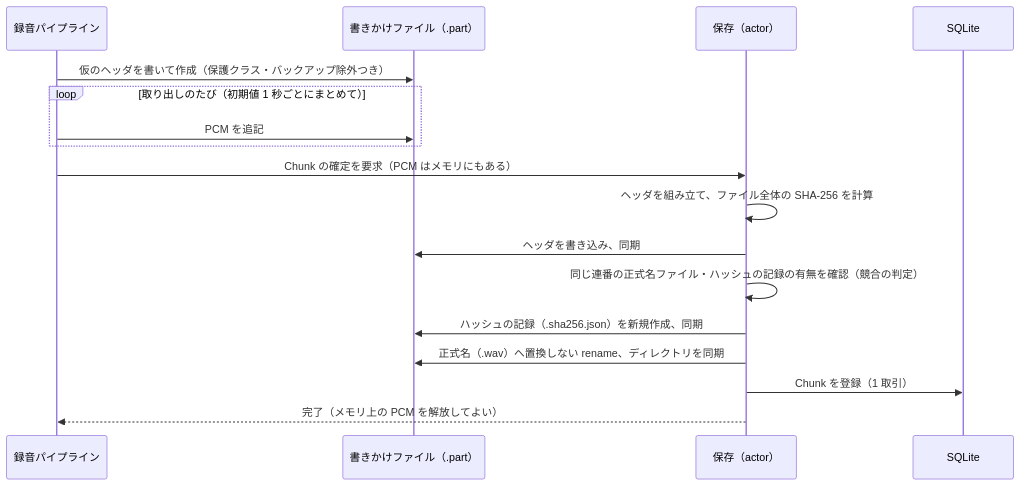
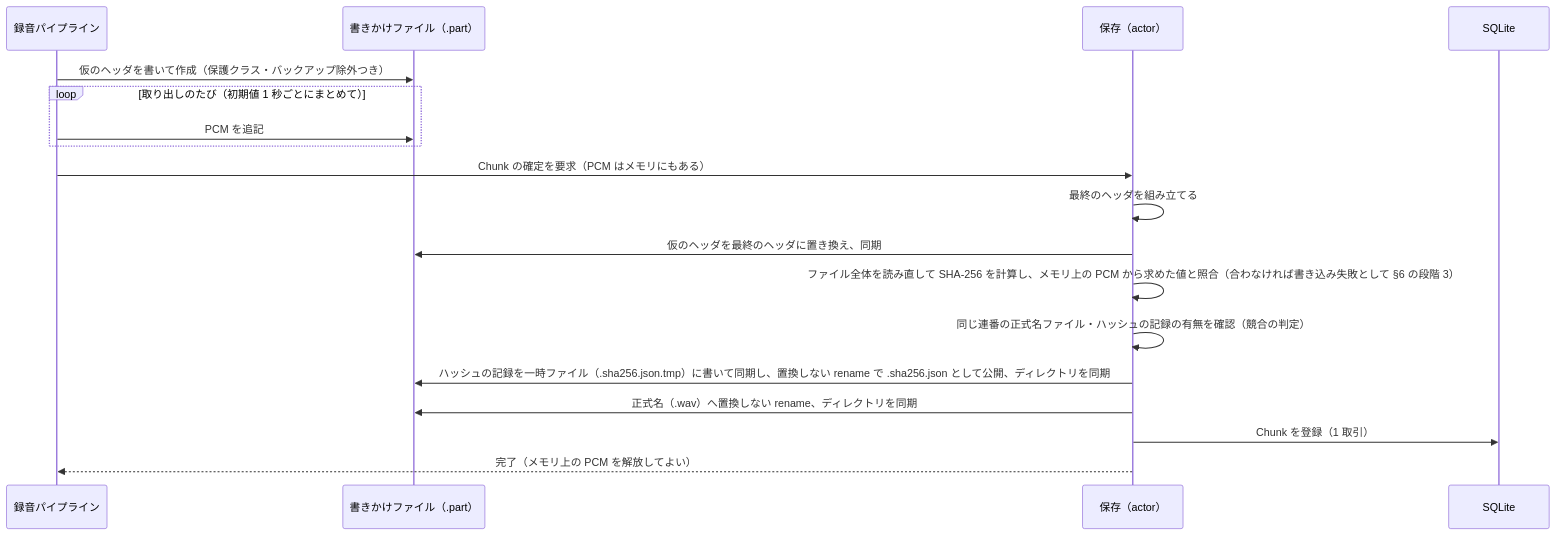
Before and after one commit to myoshi2891/Minutes-Mobile: the first of 3 diagrams in docs/02-basic-design/storage.md, drawn with Mermaid. The commit also changed other lines of this file and 3 other files, not shown here.

````diff
--- a/docs/02-basic-design/storage.md
+++ b/docs/02-basic-design/storage.md
@@ -116,19 +116,20 @@
 ```mermaid
 sequenceDiagram
     participant P as 録音パイプライン
     participant F as 書きかけファイル（.part）
     participant S as 保存（actor）
     participant D as SQLite
     P->>F: 仮のヘッダを書いて作成（保護クラス・バックアップ除外つき）
     loop 取り出しのたび（初期値 1 秒ごとにまとめて）
         P->>F: PCM を追記
     end
     P->>S: Chunk の確定を要求（PCM はメモリにもある）
-    S->>S: ヘッダを組み立て、ファイル全体の SHA-256 を計算
-    S->>F: ヘッダを書き込み、同期
+    S->>S: 最終のヘッダを組み立てる
+    S->>F: 仮のヘッダを最終のヘッダに置き換え、同期
+    S->>S: ファイル全体を読み直して SHA-256 を計算し、メモリ上の PCM から求めた値と照合（合わなければ書き込み失敗として §6 の段階 3）
     S->>S: 同じ連番の正式名ファイル・ハッシュの記録の有無を確認（競合の判定）
-    S->>F: ハッシュの記録（.sha256.json）を新規作成、同期
+    S->>F: ハッシュの記録を一時ファイル（.sha256.json.tmp）に書いて同期し、置換しない rename で .sha256.json として公開、ディレクトリを同期
     S->>F: 正式名（.wav）へ置換しない rename、ディレクトリを同期
     S->>D: Chunk を登録（1 取引）
     S-->>P: 完了（メモリ上の PCM を解放してよい）
 ```
````
